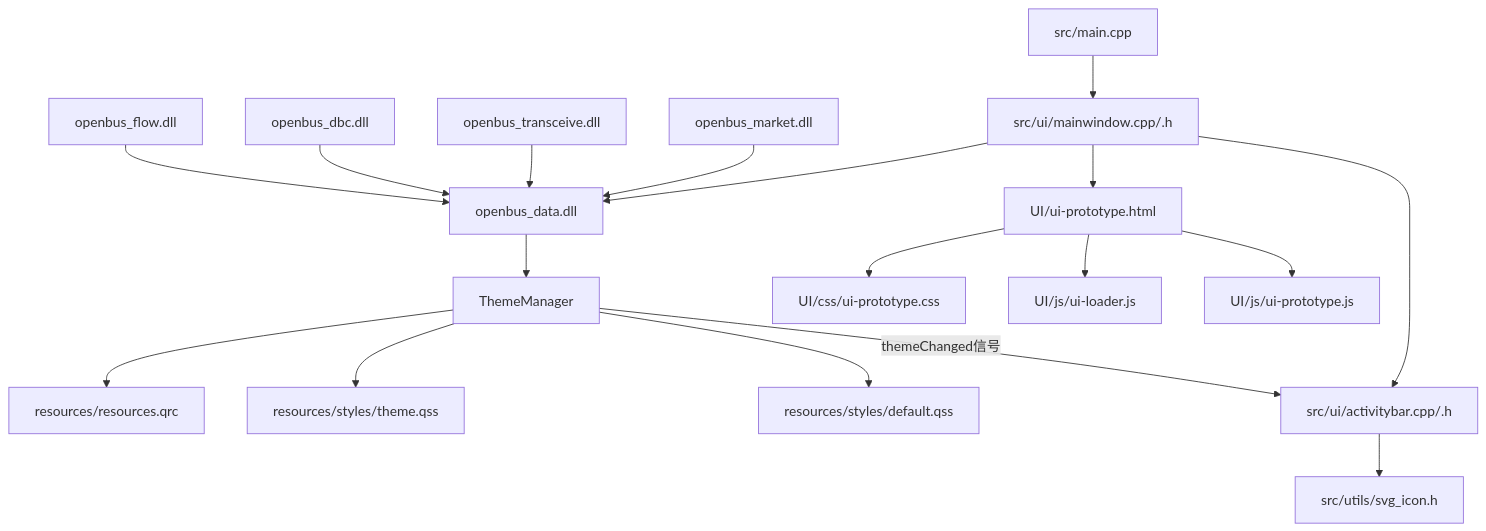
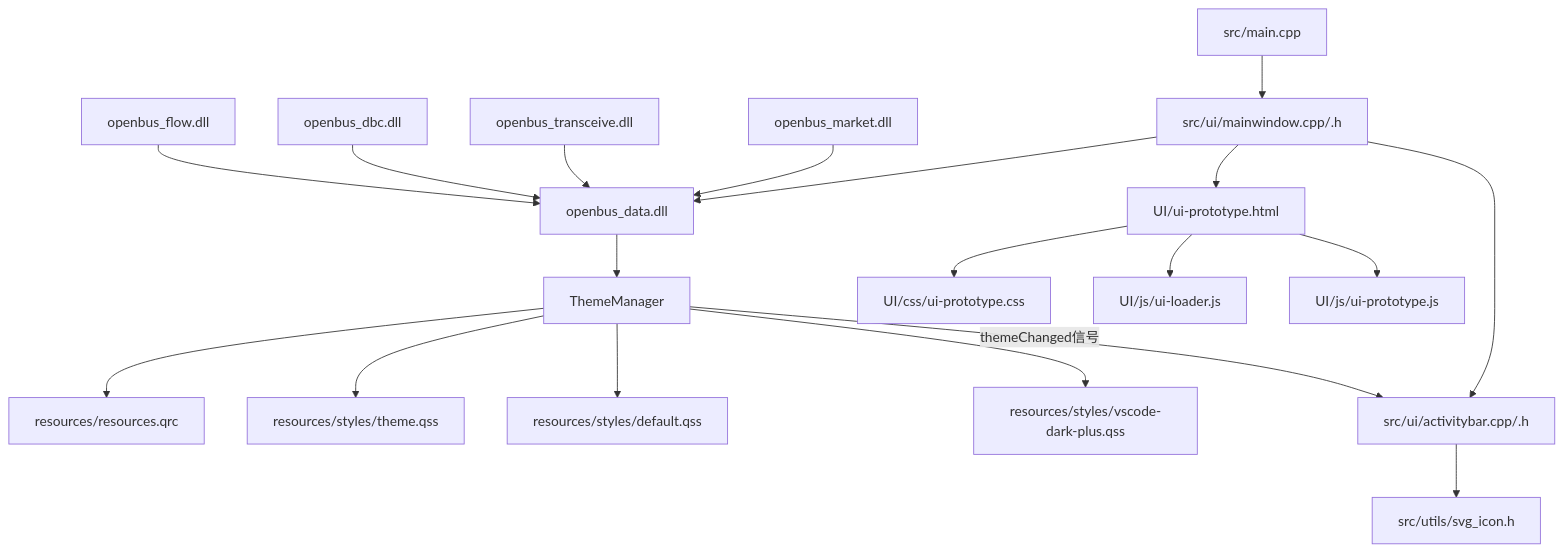
Before and after one commit to jakecai1225-design/OpenBus: the seventh of 7 diagrams in .qoder/repowiki/zh/content/样式系统/主题管理系统.md, drawn with Mermaid. The commit also changed other lines of this file and 151 other files, not shown here.

````diff
--- a/.qoder/repowiki/zh/content/样式系统/主题管理系统.md
+++ b/.qoder/repowiki/zh/content/样式系统/主题管理系统.md
@@ -397,20 +410,21 @@
 ```mermaid
 graph TB
 Main["src/main.cpp"] --> MW["src/ui/mainwindow.cpp/.h"]
 MW --> DataDLL["openbus_data.dll"]
 DataDLL --> TM["ThemeManager"]
 TM --> QRC["resources/resources.qrc"]
 TM --> QSS["resources/styles/theme.qss"]
 TM --> DEFAULT_QSS["resources/styles/default.qss"]
+TM --> VSCODE_QSS["resources/styles/vscode-dark-plus.qss"]
 MW --> AB["src/ui/activitybar.cpp/.h"]
 AB --> SVG["src/utils/svg_icon.h"]
 TM -- "themeChanged信号" --> AB
 MW --> UIH["UI/ui-prototype.html"]
 UIH --> UICSS["UI/css/ui-prototype.css"]
 UIH --> UILoader["UI/js/ui-loader.js"]
 UIH --> UIPrototype["UI/js/ui-prototype.js"]
 MarketDLL["openbus_market.dll"] --> DataDLL
 TransceiveDLL["openbus_transceive.dll"] --> DataDLL
 DbcDLL["openbus_dbc.dll"] --> DataDLL
 FlowDLL["openbus_flow.dll"] --> DataDLL
 ```
````
